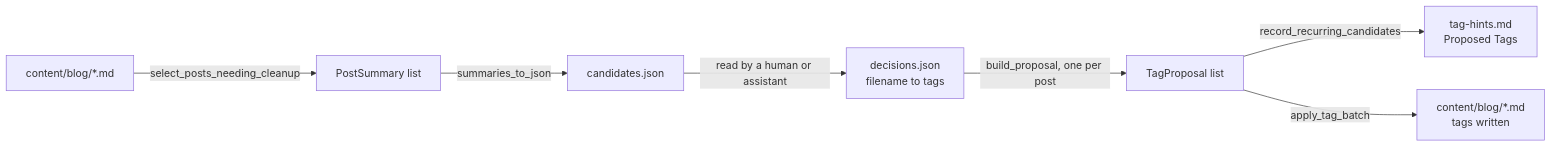
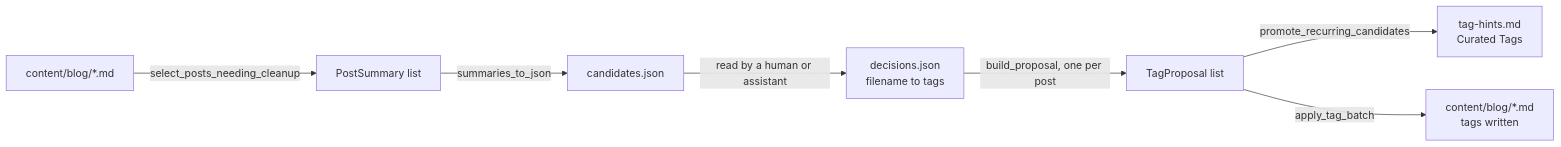
The first of 2 diagrams in 01-literate/11-tag_cleanup.md (pitosalas/salasblog2), drawn with Mermaid before and after one commit. The commit also changed other lines of this file and 18 other files, not shown here.

````diff
--- a/01-literate/11-tag_cleanup.md
+++ b/01-literate/11-tag_cleanup.md
@@ -43,9 +43,9 @@
 ```mermaid
 flowchart LR
     A[content/blog/*.md] -->|select_posts_needing_cleanup| B[PostSummary list]
     B -->|summaries_to_json| C[candidates.json]
     C -->|read by a human or assistant| D[decisions.json<br/>filename to tags]
     D -->|build_proposal, one per post| E[TagProposal list]
-    E -->|record_recurring_candidates| F[tag-hints.md<br/>Proposed Tags]
+    E -->|promote_recurring_candidates| F[tag-hints.md<br/>Curated Tags]
     E -->|apply_tag_batch| G[content/blog/*.md<br/>tags written]
 ```
````
